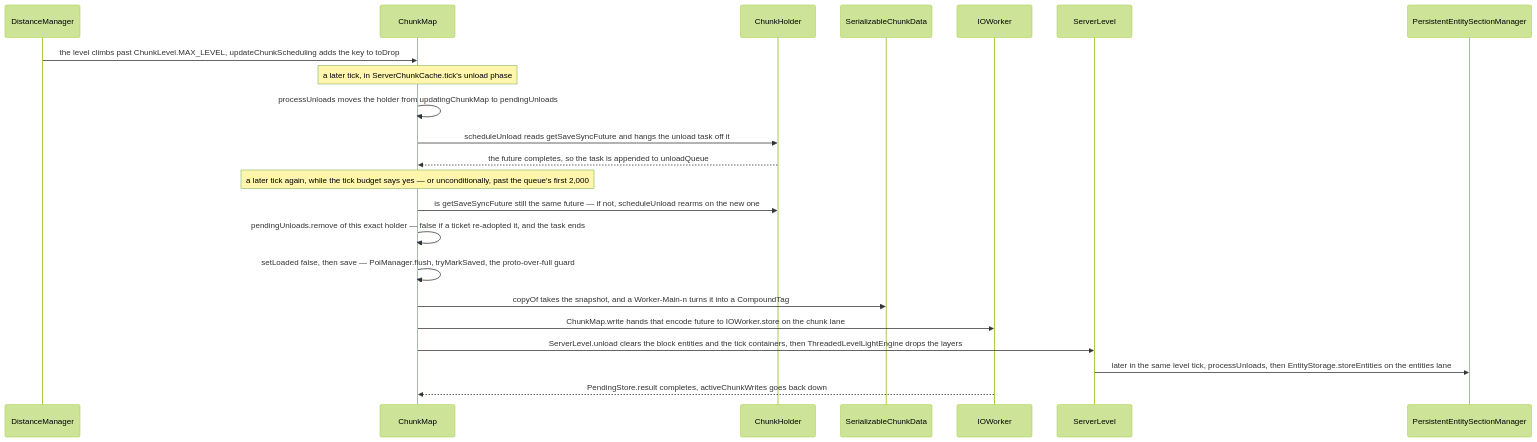
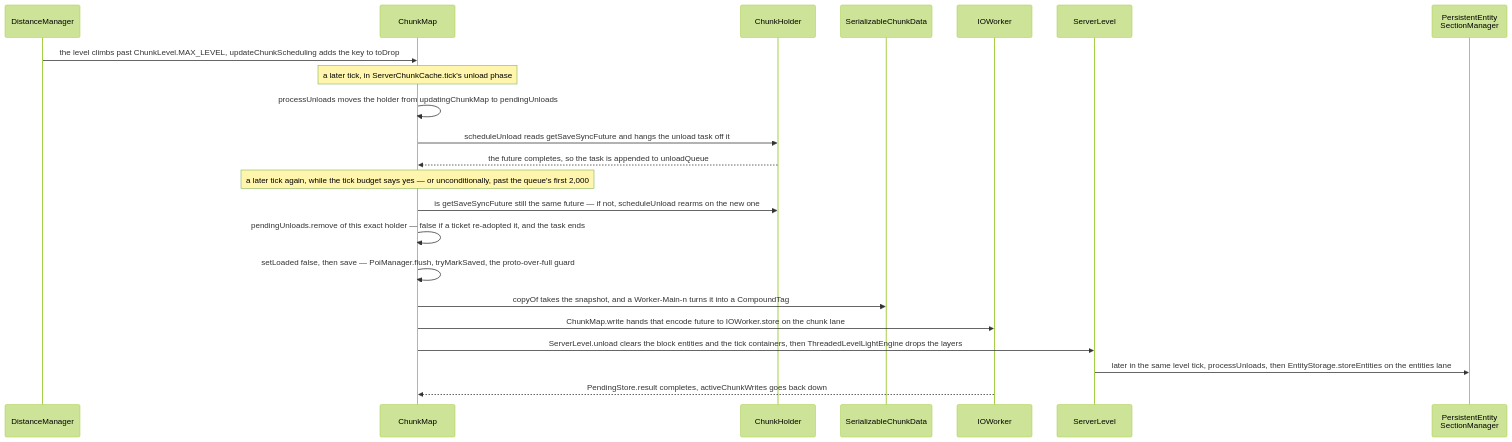
Before and after one commit to AlexanderjFraser/MinecraftDocs: the second of 3 diagrams in src/systems/world/chunk-storage.md, drawn with Mermaid (forest theme). The commit also changed 68 other files, not shown here.

````diff
--- a/src/systems/world/chunk-storage.md
+++ b/src/systems/world/chunk-storage.md
@@ -153,25 +153,25 @@
 ```mermaid
 sequenceDiagram
     participant DM as DistanceManager
     participant CM as ChunkMap
     participant CH as ChunkHolder
     participant SCD as SerializableChunkData
     participant IOW as IOWorker
     participant SL as ServerLevel
-    participant PESM as PersistentEntitySectionManager
+    participant PESM as PersistentEntity<br/>SectionManager
 
     DM->>CM: the level climbs past ChunkLevel.MAX_LEVEL, updateChunkScheduling adds the key to toDrop
     Note over CM: a later tick, in ServerChunkCache.tick's unload phase
     CM->>CM: processUnloads moves the holder from updatingChunkMap to pendingUnloads
     CM->>CH: scheduleUnload reads getSaveSyncFuture and hangs the unload task off it
     CH-->>CM: the future completes, so the task is appended to unloadQueue
     Note over CM: a later tick again, while the tick budget says yes — or unconditionally, past the queue's first 2,000
     CM->>CH: is getSaveSyncFuture still the same future — if not, scheduleUnload rearms on the new one
     CM->>CM: pendingUnloads.remove of this exact holder — false if a ticket re-adopted it, and the task ends
     CM->>CM: setLoaded false, then save — PoiManager.flush, tryMarkSaved, the proto-over-full guard
     CM->>SCD: copyOf takes the snapshot, and a Worker-Main-n turns it into a CompoundTag
     CM->>IOW: ChunkMap.write hands that encode future to IOWorker.store on the chunk lane
     CM->>SL: ServerLevel.unload clears the block entities and the tick containers, then ThreadedLevelLightEngine drops the layers
     SL->>PESM: later in the same level tick, processUnloads, then EntityStorage.storeEntities on the entities lane
     IOW-->>CM: PendingStore.result completes, activeChunkWrites goes back down
 ```
````
